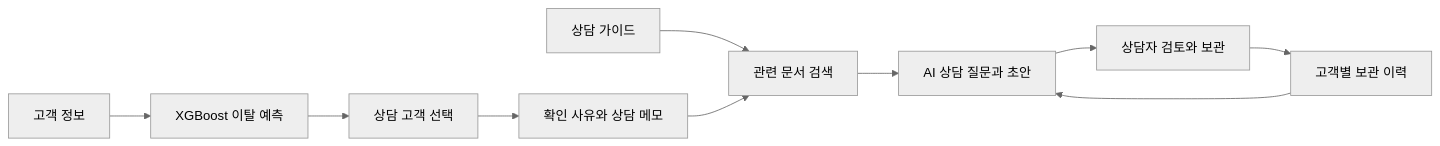
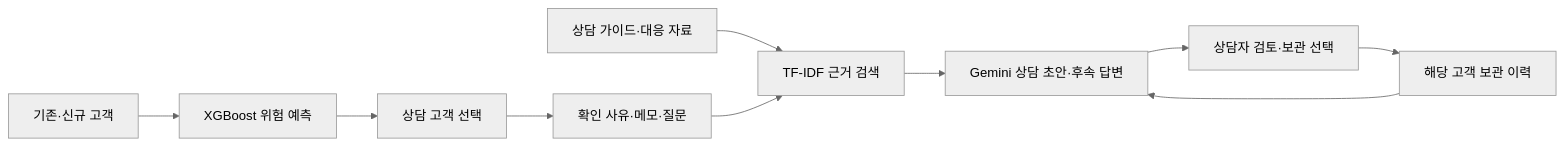
One commit to nateous-dev/Project2 changed the diagram in README.md. Above: the diagram before and after it, drawn with Mermaid (neutral theme). The commit also changed other lines of this file, not shown here.

````diff
--- a/README.md
+++ b/README.md
@@ -148,12 +169,12 @@
 ```mermaid
 flowchart LR
-    A[고객 정보] --> B[XGBoost 이탈 예측]
+    A[기존·신규 고객] --> B[XGBoost 위험 예측]
     B --> C[상담 고객 선택]
-    C --> D[확인 사유와 상담 메모]
-    E[상담 가이드] --> F[관련 문서 검색]
+    C --> D[확인 사유·메모·질문]
+    E[상담 가이드·대응 자료] --> F[TF-IDF 근거 검색]
     D --> F
-    F --> G[AI 상담 질문과 초안]
-    H[고객별 보관 이력] --> G
-    G --> I[상담자 검토와 보관]
+    F --> G[Gemini 상담 초안·후속 답변]
+    H[해당 고객 보관 이력] --> G
+    G --> I[상담자 검토·보관 선택]
     I --> H
 ```
````
